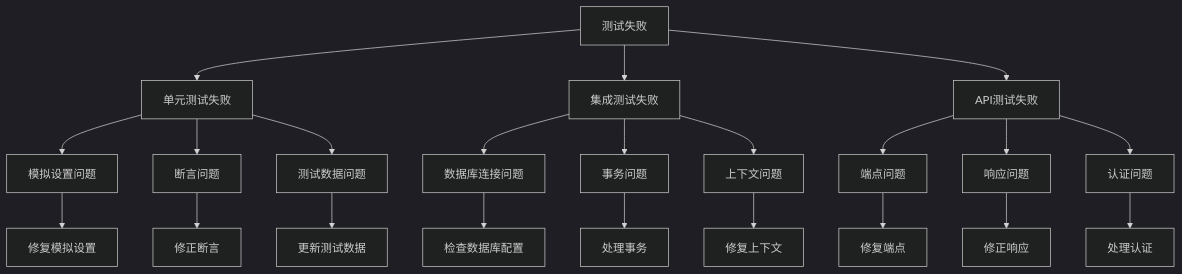
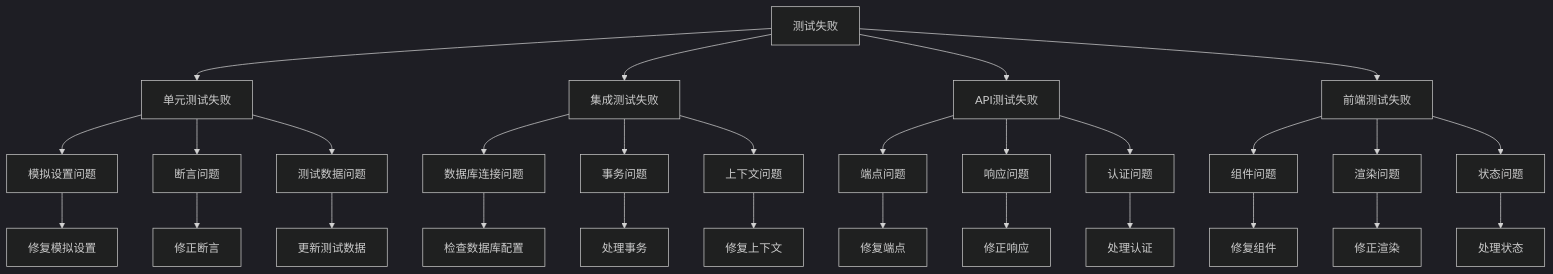
Before and after one commit to gree-coder/fund-butler: diagram 15 of 18 in .qoder/repowiki/zh/content/核心功能开发/测试策略.md, drawn with Mermaid (dark theme). The commit also changed other lines of this file and 10 other files, not shown here.

````diff
--- a/.qoder/repowiki/zh/content/核心功能开发/测试策略.md
+++ b/.qoder/repowiki/zh/content/核心功能开发/测试策略.md
@@ -407,24 +499,31 @@
 ```mermaid
 flowchart TD
 TestFailure[测试失败] --> UnitTestFailures[单元测试失败]
 TestFailure --> IntegrationFailures[集成测试失败]
 TestFailure --> APITestFailures[API测试失败]
+TestFailure --> FrontendTestFailures[前端测试失败]
 UnitTestFailures --> MockSetupIssues[模拟设置问题]
 UnitTestFailures --> AssertionIssues[断言问题]
 UnitTestFailures --> TestDataIssues[测试数据问题]
 IntegrationFailures --> DBConnectionIssues[数据库连接问题]
 IntegrationFailures --> TransactionIssues[事务问题]
 IntegrationFailures --> ContextIssues[上下文问题]
 APITestFailures --> EndpointIssues[端点问题]
 APITestFailures --> ResponseIssues[响应问题]
 APITestFailures --> AuthenticationIssues[认证问题]
+FrontendTestFailures --> ComponentIssues[组件问题]
+FrontendTestFailures --> RenderingIssues[渲染问题]
+FrontendTestFailures --> StateIssues[状态问题]
 MockSetupIssues --> FixMockSetup["修复模拟设置"]
 AssertionIssues --> FixAssertions["修正断言"]
 TestDataIssues --> FixTestData["更新测试数据"]
 DBConnectionIssues --> FixDBConfig["检查数据库配置"]
 TransactionIssues --> FixTransaction["处理事务"]
 ContextIssues --> FixContext["修复上下文"]
 EndpointIssues --> FixEndpoint["修复端点"]
 ResponseIssues --> FixResponse["修正响应"]
 AuthenticationIssues --> FixAuth["处理认证"]
+ComponentIssues --> FixComponent["修复组件"]
+RenderingIssues --> FixRendering["修正渲染"]
+StateIssues --> FixState["处理状态"]
 ```
````
